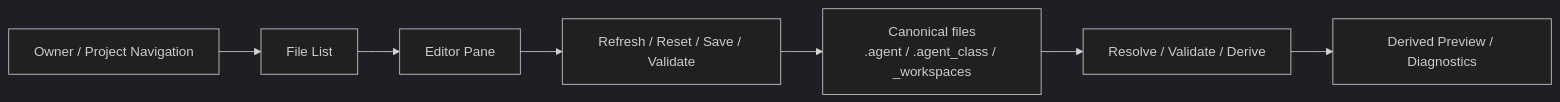
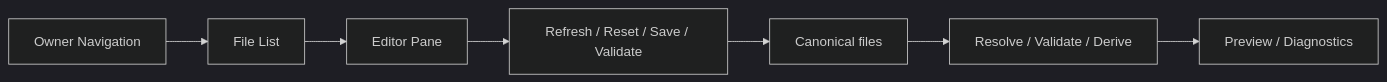
The diagram in docs/architecture/ui/UI_CONTROL_CENTER_MODEL.md (SungYongMOON/soulforge), drawn with Mermaid (dark theme) before and after one commit. The commit also changed other lines of this file and 39 other files, not shown here.

````diff
--- a/docs/architecture/ui/UI_CONTROL_CENTER_MODEL.md
+++ b/docs/architecture/ui/UI_CONTROL_CENTER_MODEL.md
@@ -27,9 +18,9 @@
 ```mermaid
 flowchart LR
-  NAV["Owner / Project Navigation"] --> FILES["File List"]
+  NAV["Owner Navigation"] --> FILES["File List"]
   FILES --> EDITOR["Editor Pane"]
   EDITOR --> ACTIONS["Refresh / Reset / Save / Validate"]
-  ACTIONS --> SRC["Canonical files<br/>.agent / .agent_class / _workspaces"]
+  ACTIONS --> SRC["Canonical files"]
   SRC --> DERIVE["Resolve / Validate / Derive"]
-  DERIVE --> PREVIEW["Derived Preview / Diagnostics"]
+  DERIVE --> PREVIEW["Preview / Diagnostics"]
 ```
````
